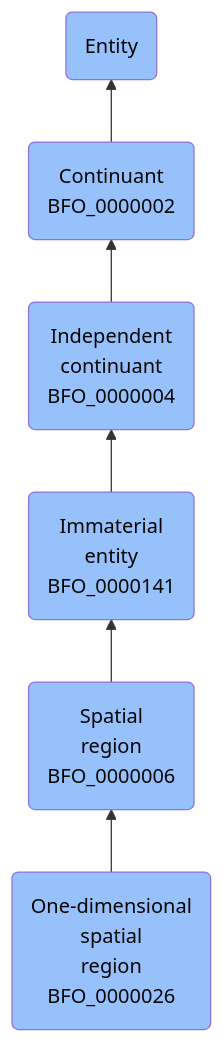
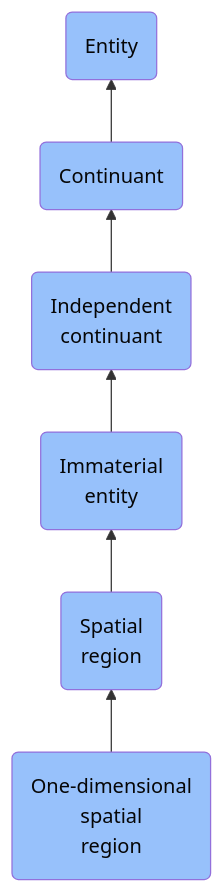
The diagram in docs/ontology/reference/model/Entity/Continuant/Independent continuant/Immaterial entity/Spatial region/One-dimensional spatial region/One-dimensional spatial region.md (jupyter-naas/abi), drawn with Mermaid before and after one commit. The commit also changed other lines of this file and 1430 other files, not shown here.

````diff
--- a/docs/ontology/reference/model/Entity/Continuant/Independent continuant/Immaterial entity/Spatial region/One-dimensional spatial region/One-dimensional spatial region.md
+++ b/docs/ontology/reference/model/Entity/Continuant/Independent continuant/Immaterial entity/Spatial region/One-dimensional spatial region/One-dimensional spatial region.md
@@ -24,13 +24,13 @@
 ```mermaid
 graph BT
-    BFO_0000026(One-dimensional<br>spatial<br>region<br>BFO_0000026):::BFO-->BFO_0000006
-    BFO_0000006(Spatial<br>region<br>BFO_0000006):::BFO-->BFO_0000141
-    BFO_0000141(Immaterial<br>entity<br>BFO_0000141):::BFO-->BFO_0000004
-    BFO_0000004(Independent<br>continuant<br>BFO_0000004):::BFO-->BFO_0000002
-    BFO_0000002(Continuant<br>BFO_0000002):::BFO-->BFO_0000001
+    BFO_0000026(One-dimensional<br>spatial<br>region):::BFO-->BFO_0000006
+    BFO_0000006(Spatial<br>region):::BFO-->BFO_0000141
+    BFO_0000141(Immaterial<br>entity):::BFO-->BFO_0000004
+    BFO_0000004(Independent<br>continuant):::BFO-->BFO_0000002
+    BFO_0000002(Continuant):::BFO-->BFO_0000001
     BFO_0000001(Entity):::BFO
     
     classDef BFO fill:#97c1fb,color:#060606
     classDef CCO fill:#e4c51e,color:#060606
     classDef ABI fill:#48DD82,color:#060606
 ```
````
